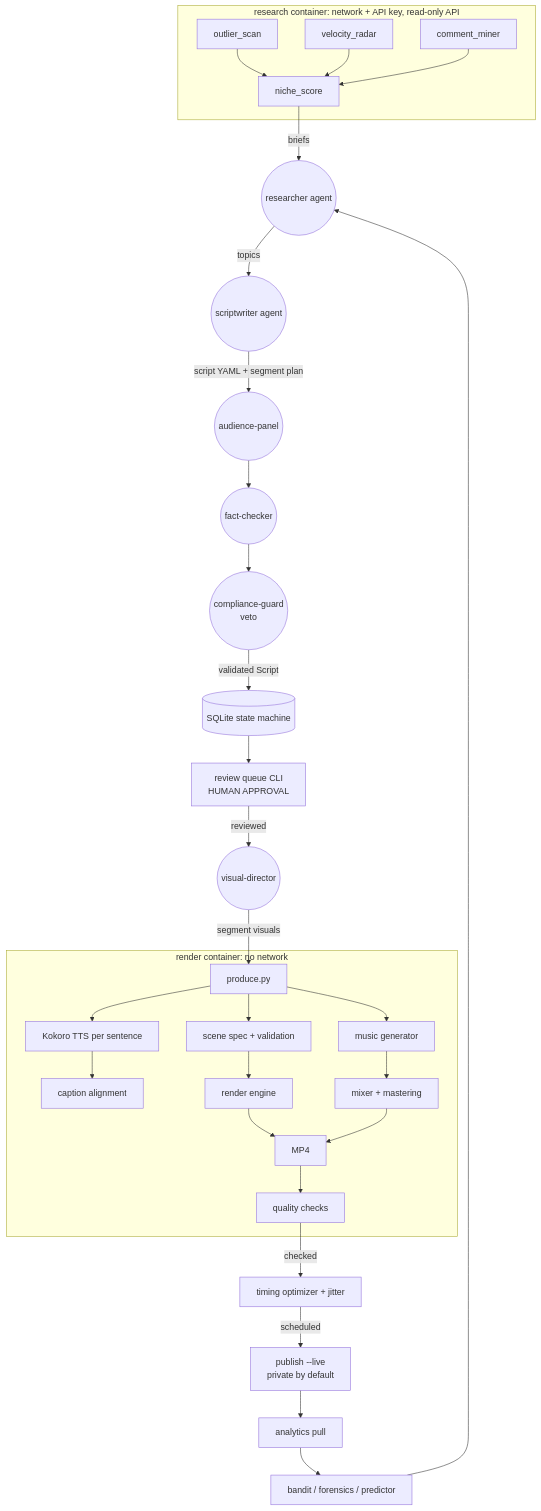
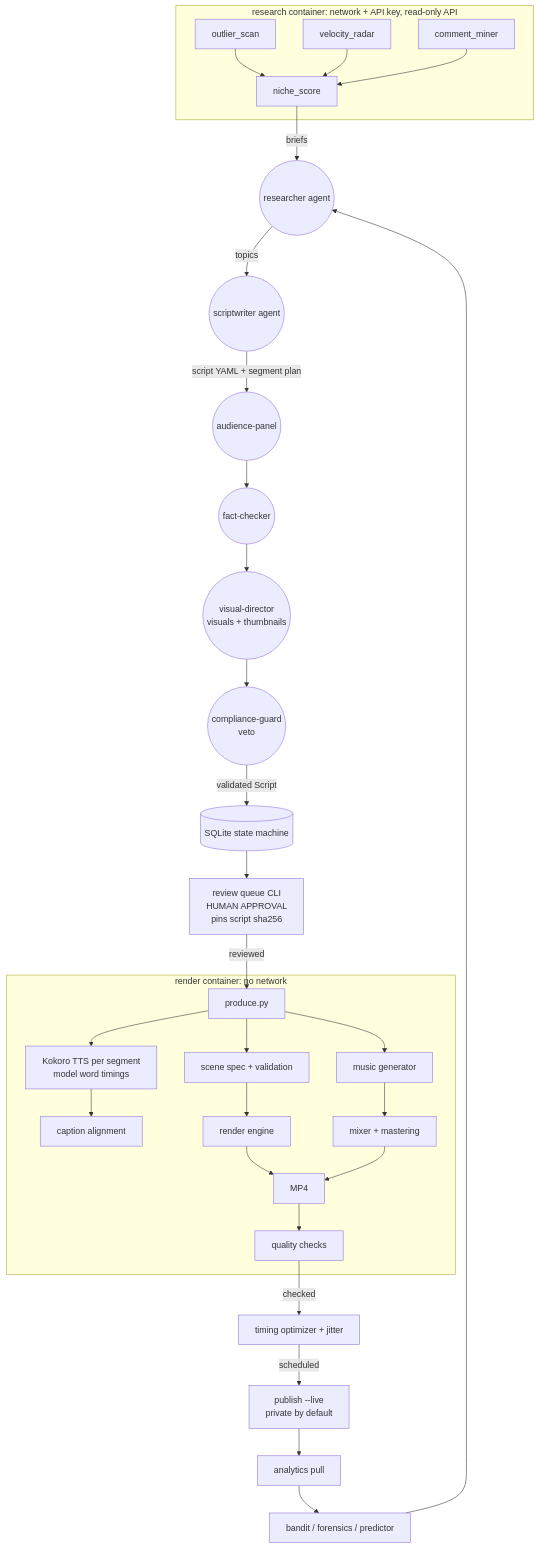
One commit to Brandon-Allshouse/YouTube-Automation changed the first of 2 diagrams in docs/ARCHITECTURE.md. Above: the diagram before and after it, drawn with Mermaid. The commit also changed other lines of this file and 44 other files, not shown here.

````diff
--- a/docs/ARCHITECTURE.md
+++ b/docs/ARCHITECTURE.md
@@ -8,30 +8,30 @@
 ```mermaid
 flowchart TD
   subgraph Research [research container: network + API key, read-only API]
     OS[outlier_scan] --> NS[niche_score]
     VR[velocity_radar] --> NS
     CM[comment_miner] --> NS
   end
   NS -->|briefs| R((researcher agent))
   R -->|topics| SW((scriptwriter agent))
   SW -->|script YAML + segment plan| AP((audience-panel))
   AP --> FC((fact-checker))
-  FC --> CG((compliance-guard<br/>veto))
+  FC --> VD((visual-director<br/>visuals + thumbnails))
+  VD --> CG((compliance-guard<br/>veto))
   CG -->|validated Script| DB[(SQLite state machine)]
-  DB --> RQ[review queue CLI<br/>HUMAN APPROVAL]
-  RQ -->|reviewed| VD((visual-director))
-  VD -->|segment visuals| P[produce.py]
+  DB --> RQ[review queue CLI<br/>HUMAN APPROVAL<br/>pins script sha256]
+  RQ -->|reviewed| P[produce.py]
   subgraph Render [render container: no network]
-    P --> TTS[Kokoro TTS per sentence]
+    P --> TTS[Kokoro TTS per segment<br/>model word timings]
     TTS --> CAP[caption alignment]
     P --> SPEC[scene spec + validation]
     P --> MUS[music generator] --> MIX[mixer + mastering]
     SPEC --> ENG[render engine] --> MP4[MP4]
     MIX --> MP4
     MP4 --> QC[quality checks]
   end
   QC -->|checked| SCH[timing optimizer + jitter]
   SCH -->|scheduled| PUB[publish --live<br/>private by default]
   PUB --> AN[analytics pull] --> LRN[bandit / forensics / predictor]
   LRN --> R
 ```
````
